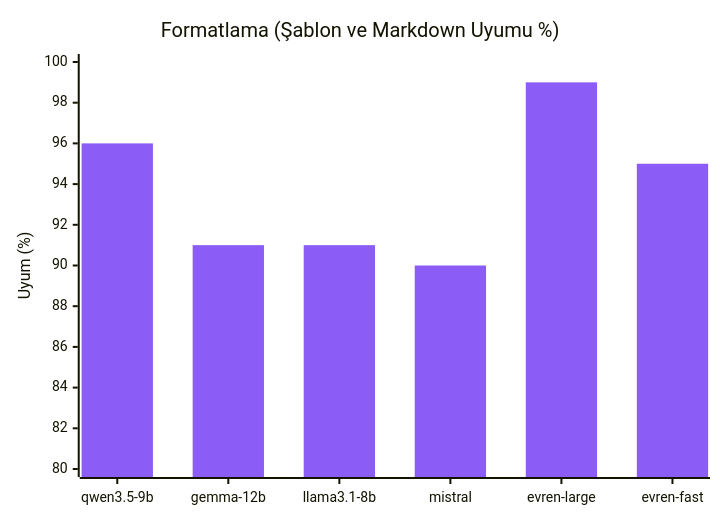
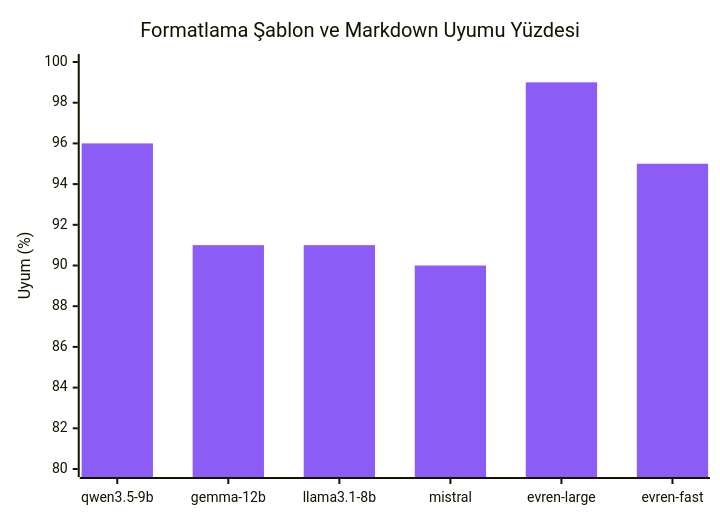
Before and after one commit to chyp3r/KACHOW-Teknofest-2026: diagram 15 of 17 in README.md, drawn with Mermaid. The commit also changed other lines of this file and 1 other file, not shown here.

````diff
--- a/README.md
+++ b/README.md
@@ -637,8 +685,8 @@
 ```mermaid
 %%{init: { 'theme': 'base', 'themeVariables': { 'xyChart': {'plotColorPalette': '#8b5cf6'} } } }%%
 xychart-beta
-    title "Formatlama (Şablon ve Markdown Uyumu %)"
+    title "Formatlama Şablon ve Markdown Uyumu Yüzdesi"
     x-axis ["qwen3.5-9b", "gemma-12b", "llama3.1-8b", "mistral", "evren-large", "evren-fast"]
     y-axis "Uyum (%)" 80 --> 100
     bar [96, 91, 91, 90, 99, 95]
 ```
````
